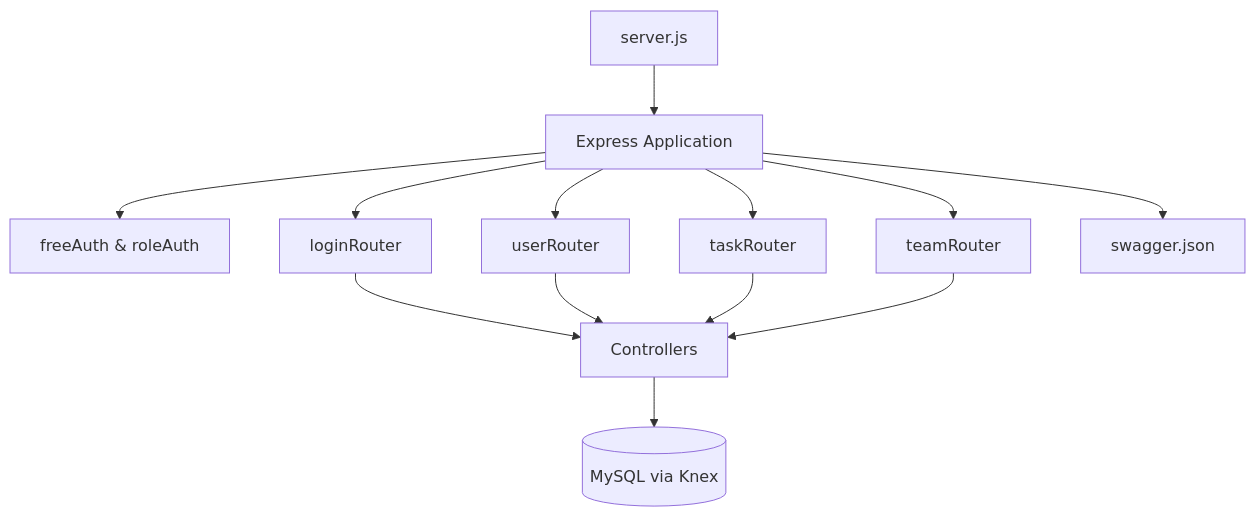
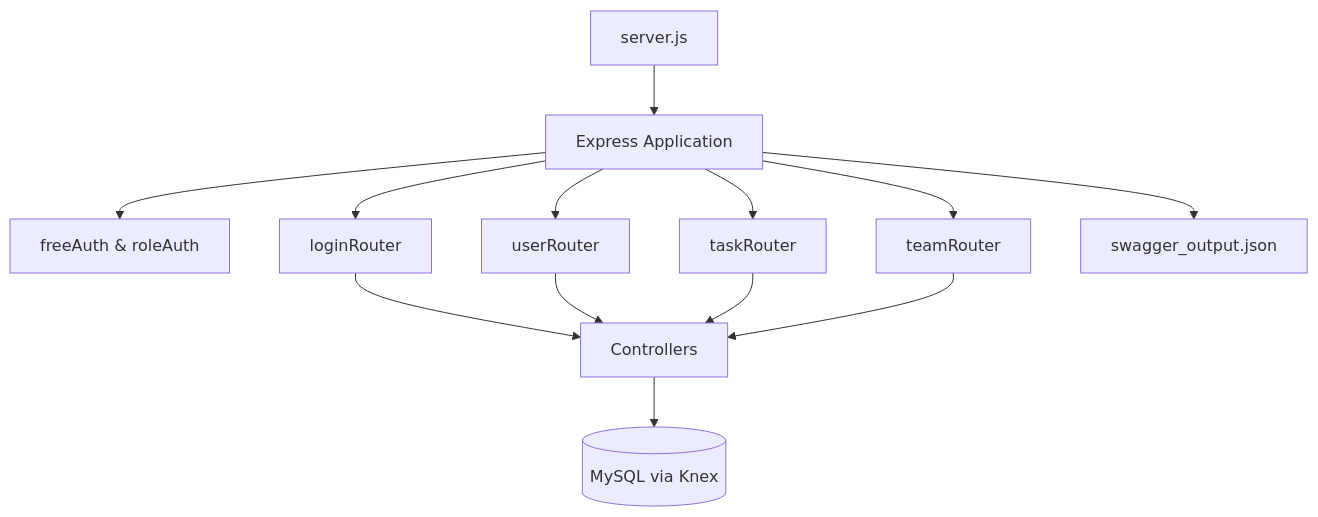
One commit to tioneOliveira/taskColaborationProject changed the second of 5 diagrams in README.md. Above: the diagram before and after it, drawn with Mermaid. The commit also changed other lines of this file, not shown here.

````diff
--- a/README.md
+++ b/README.md
@@ -139,27 +156,27 @@
 ```mermaid
 %%{init: {'theme': 'default'}}%%
 graph TD
   Server["server.js"]
   ExpressApp[Express Application]
   Middleware[freeAuth & roleAuth]
   Login[loginRouter]
   User[userRouter]
   Task[taskRouter]
   Team[teamRouter]
-  Swagger[swagger.json]
+  Swagger[swagger_output.json]
   Controller[Controllers]
   DB[(MySQL via Knex)]
 
   Server --> ExpressApp
   ExpressApp --> Middleware
   ExpressApp --> Login
   ExpressApp --> User
   ExpressApp --> Task
   ExpressApp --> Team
   ExpressApp --> Swagger
   Login --> Controller
   User --> Controller
   Task --> Controller
   Team --> Controller
   Controller --> DB
 ```
````
